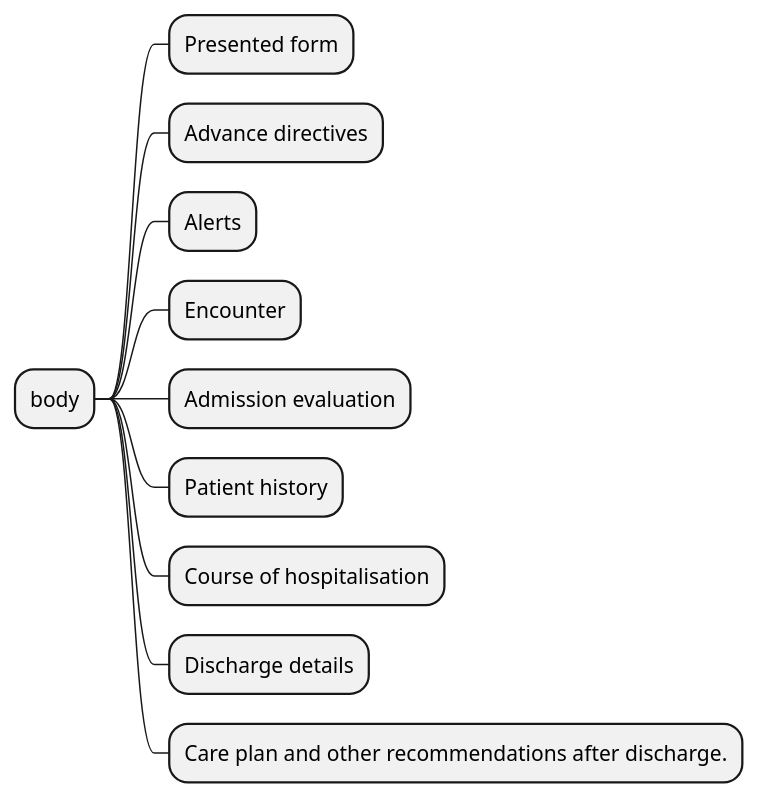
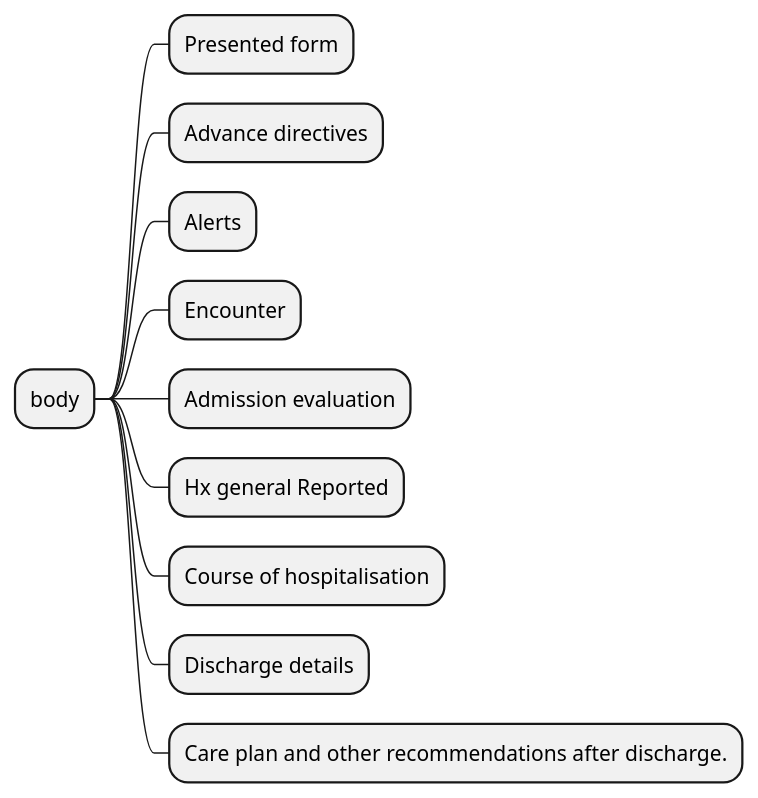
The diagram in input/images-source/body-mindmap.plantuml (hl7-eu/hdr), drawn with PlantUML before and after one commit. The commit also changed 25 other files, not shown here.

```diff
--- a/input/images-source/body-mindmap.plantuml
+++ b/input/images-source/body-mindmap.plantuml
@@ -1,12 +1,12 @@
 @startmindmap
 * body
 ** Presented form
 ** Advance directives
 ** Alerts
 ** Encounter
 ** Admission evaluation
-** Patient history
+** Hx general Reported
 ** Course of hospitalisation
 ** Discharge details
 ** Care plan and other recommendations after discharge.
 @endmindmap
```
